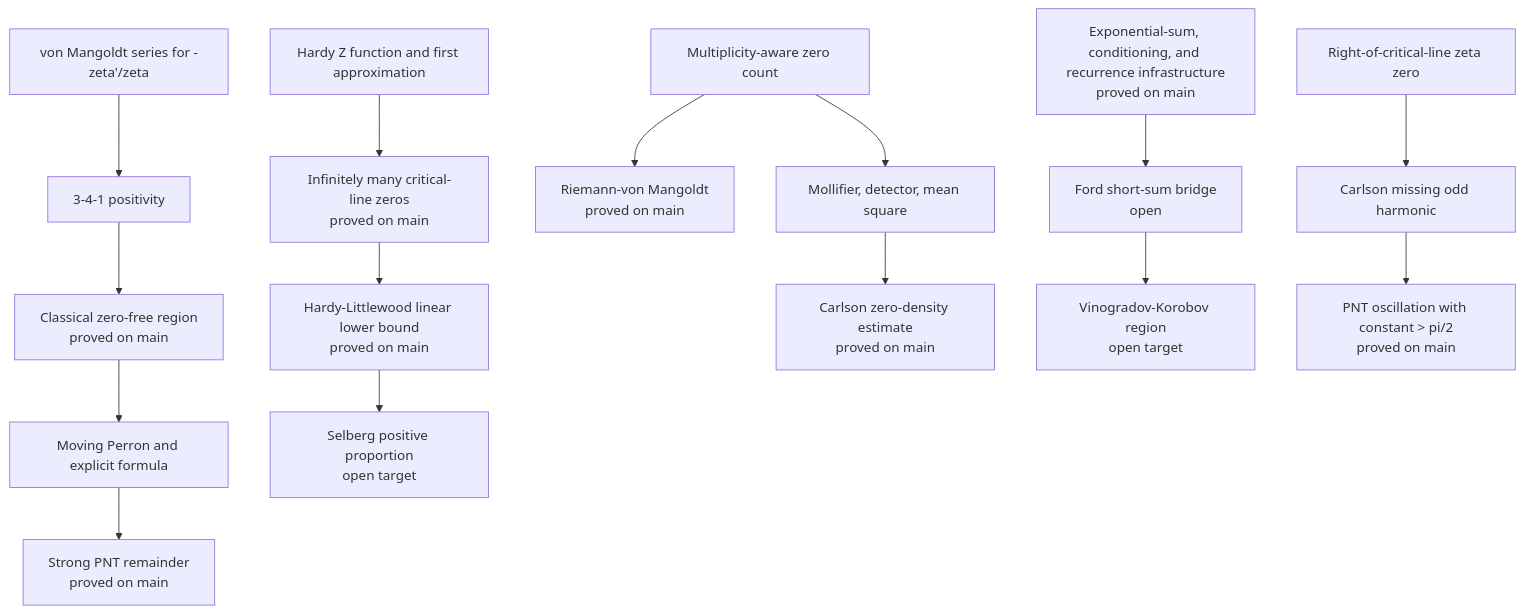
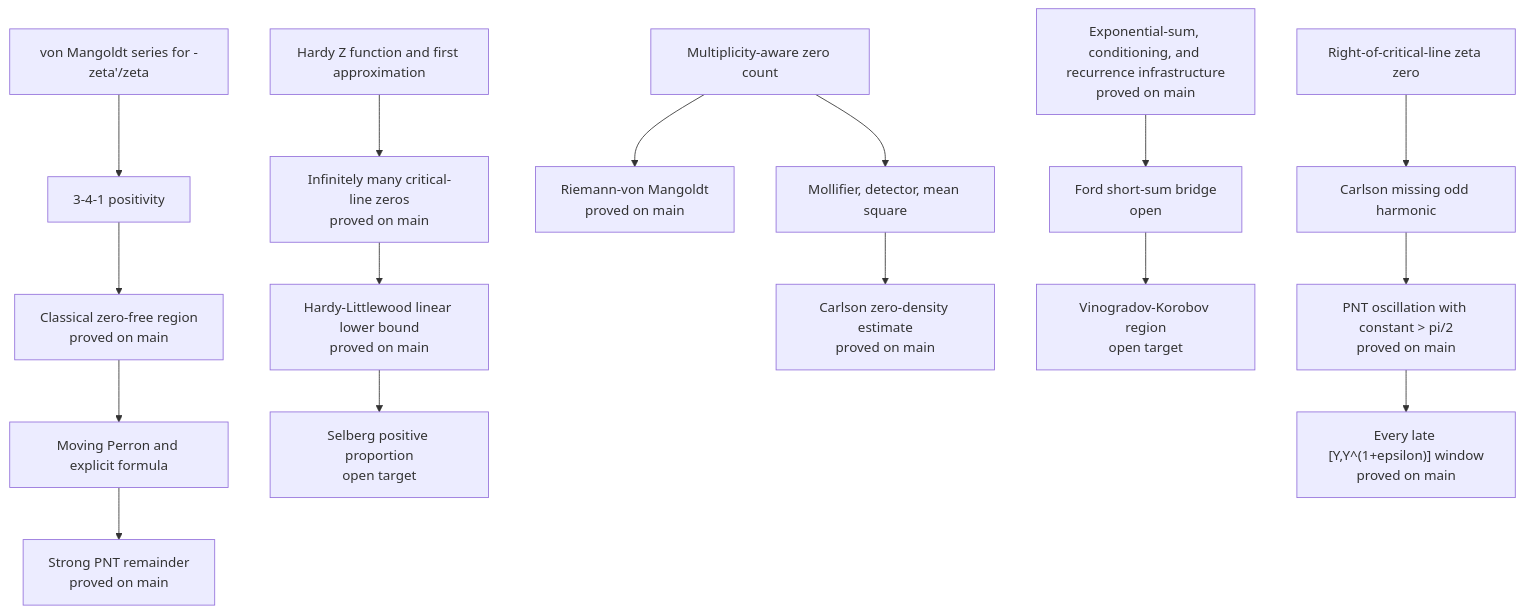
One commit to cc-chen-tech/riemann-pnt-lean4 changed the diagram in README.md. Above: the diagram before and after it, drawn with Mermaid. The commit also changed other lines of this file and 6 other files, not shown here.

````diff
--- a/README.md
+++ b/README.md
@@ -281,21 +287,22 @@
 ```mermaid
 flowchart TD
     A["von Mangoldt series for -zeta'/zeta"] --> B["3-4-1 positivity"]
     B --> C["Classical zero-free region<br/>proved on main"]
     C --> D["Moving Perron and explicit formula"]
     D --> E["Strong PNT remainder<br/>proved on main"]
 
     F["Hardy Z function and first approximation"] --> G["Infinitely many critical-line zeros<br/>proved on main"]
     G --> H["Hardy-Littlewood linear lower bound<br/>proved on main"]
     H --> I["Selberg positive proportion<br/>open target"]
 
     J["Multiplicity-aware zero count"] --> K["Riemann-von Mangoldt<br/>proved on main"]
     J --> L["Mollifier, detector, mean square"]
     L --> M["Carlson zero-density estimate<br/>proved on main"]
 
     N["Exponential-sum, conditioning, and recurrence infrastructure<br/>proved on main"] --> O["Ford short-sum bridge<br/>open"]
     O --> P["Vinogradov-Korobov region<br/>open target"]
 
     Q["Right-of-critical-line zeta zero"] --> R["Carlson missing odd harmonic"]
     R --> S["PNT oscillation with constant > pi/2<br/>proved on main"]
+    S --> T["Every late [Y,Y^(1+epsilon)] window<br/>proved on main"]
 ```
````
